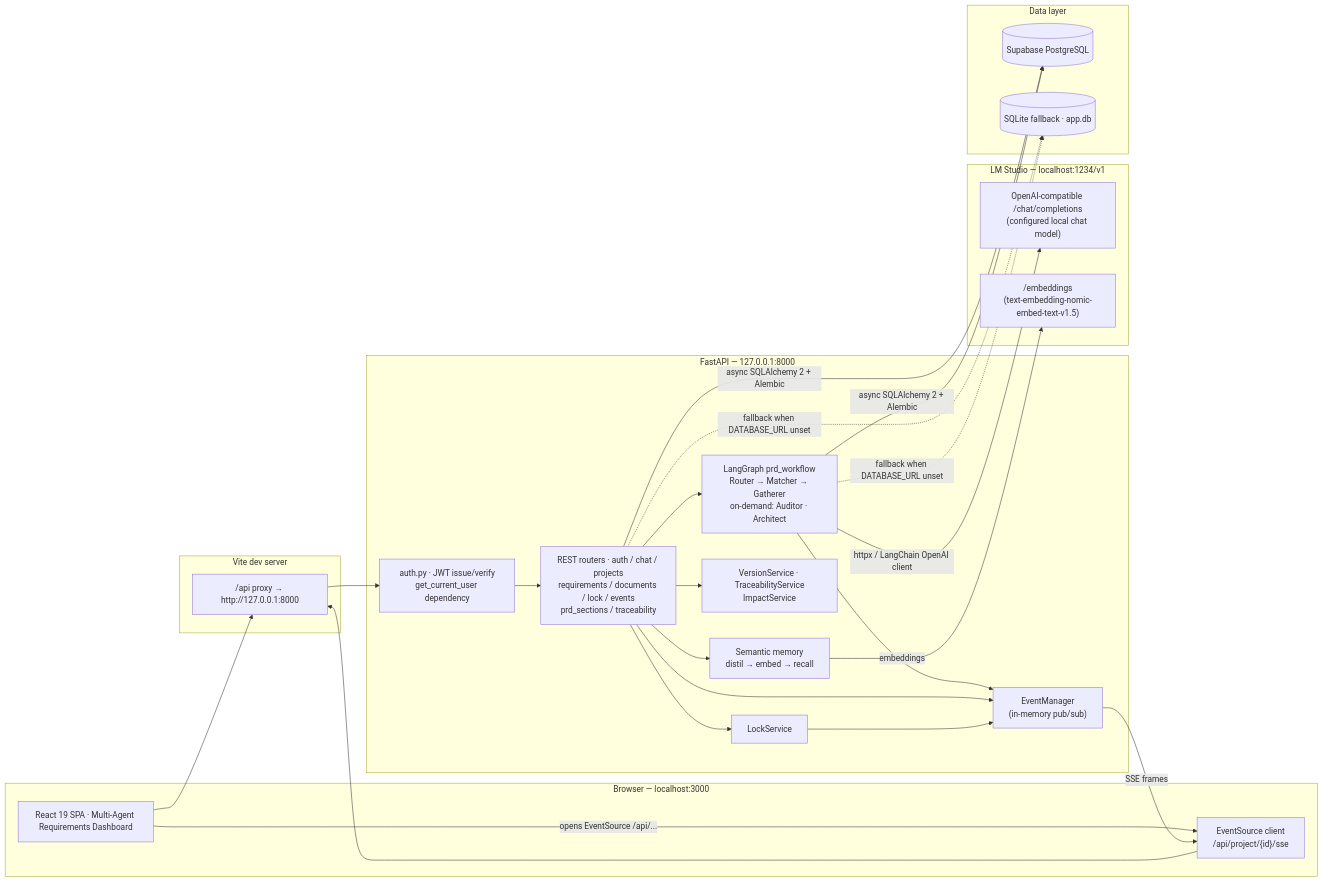
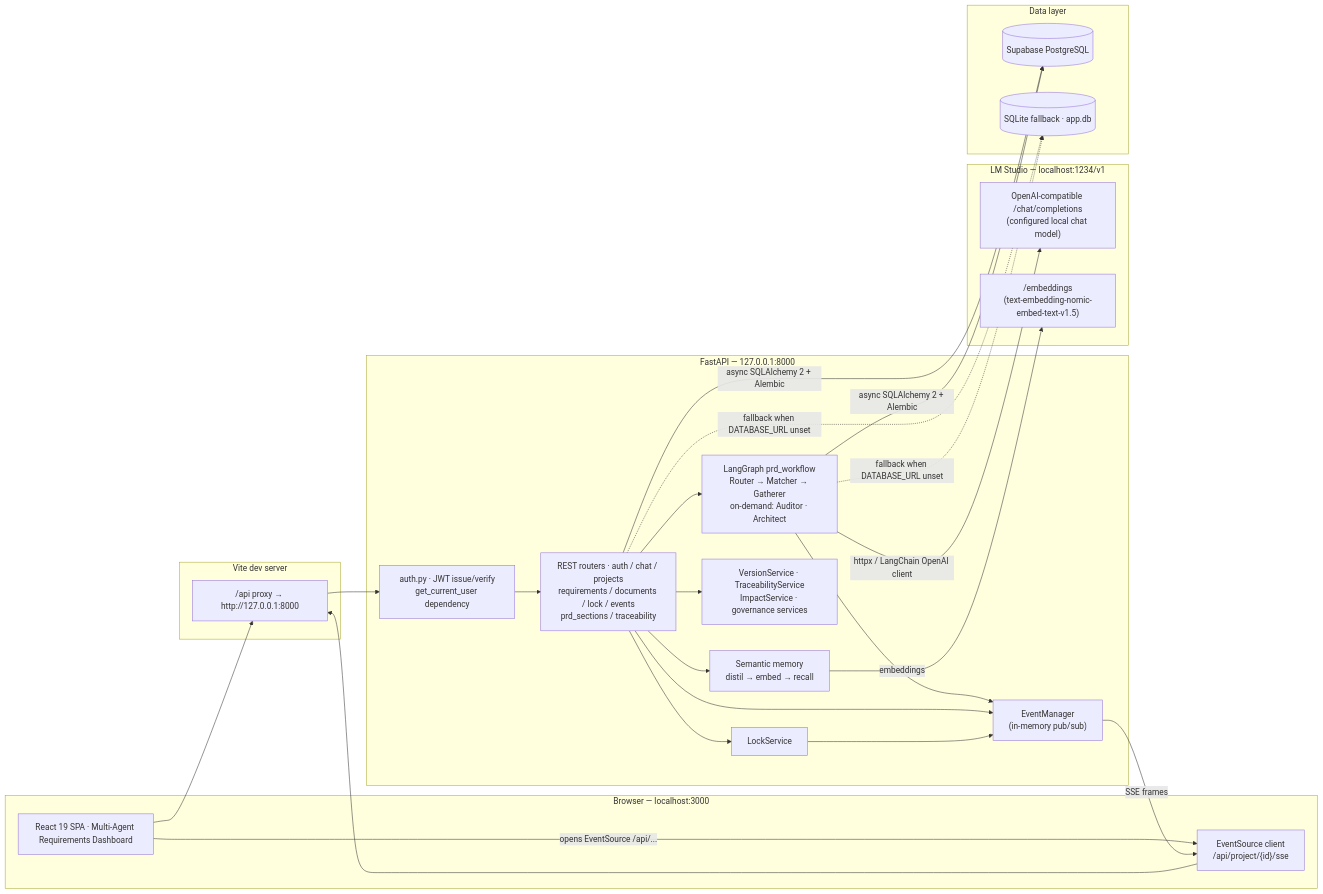
Before and after one commit to ThanyathipK/AgenticAI-for-PRD: the first of 2 diagrams in README.md, drawn with Mermaid. The commit also changed other lines of this file and 24 other files, not shown here.

````diff
--- a/README.md
+++ b/README.md
@@ -47,51 +50,51 @@
 ```mermaid
 flowchart LR
     subgraph Browser["Browser — localhost:3000"]
         UI["React 19 SPA · Multi-Agent Requirements Dashboard"]
         SSE_C["EventSource client<br/>/api/project/{id}/sse"]
     end
 
     subgraph ViteDev["Vite dev server"]
         PROXY["/api proxy → http://127.0.0.1:8000"]
     end
 
     subgraph Backend["FastAPI — 127.0.0.1:8000"]
         AUTH["auth.py · JWT issue/verify<br/>get_current_user dependency"]
         ROUTERS["REST routers · auth / chat / projects<br/>requirements / documents / lock / events<br/>prd_sections / traceability"]
         WF["LangGraph prd_workflow<br/>Router → Matcher → Gatherer<br/>on-demand: Auditor · Architect"]
         LOCKSRV["LockService"]
         MEM["Semantic memory<br/>distil → embed → recall"]
-        DERIVED["VersionService · TraceabilityService<br/>ImpactService"]
+        DERIVED["VersionService · TraceabilityService<br/>ImpactService · governance services"]
         ESM["EventManager<br/>(in-memory pub/sub)"]
     end
 
     subgraph LLMSrv["LM Studio — localhost:1234/v1"]
         MODEL["OpenAI-compatible /chat/completions<br/>(configured local chat model)"]
         EMB["/embeddings<br/>(text-embedding-nomic-embed-text-v1.5)"]
     end
 
     subgraph Data["Data layer"]
         PG[("Supabase PostgreSQL")]
         SQLITE[("SQLite fallback · app.db")]
     end
 
     UI --> PROXY
     UI -->|"opens EventSource /api/..."| SSE_C
     SSE_C --> PROXY
     PROXY --> AUTH
     AUTH --> ROUTERS
     ROUTERS --> WF
     ROUTERS --> LOCKSRV
     ROUTERS --> MEM
     ROUTERS --> DERIVED
     WF --> ESM
     ROUTERS --> ESM
     LOCKSRV --> ESM
     ESM -->|"SSE frames"| SSE_C
     WF -->|"httpx / LangChain OpenAI client"| MODEL
     MEM -->|"embeddings"| EMB
     ROUTERS -->|"async SQLAlchemy 2 + Alembic"| PG
     WF -->|"async SQLAlchemy 2 + Alembic"| PG
     ROUTERS -.->|"fallback when DATABASE_URL unset"| SQLITE
     WF -.->|"fallback when DATABASE_URL unset"| SQLITE
 ```
````
